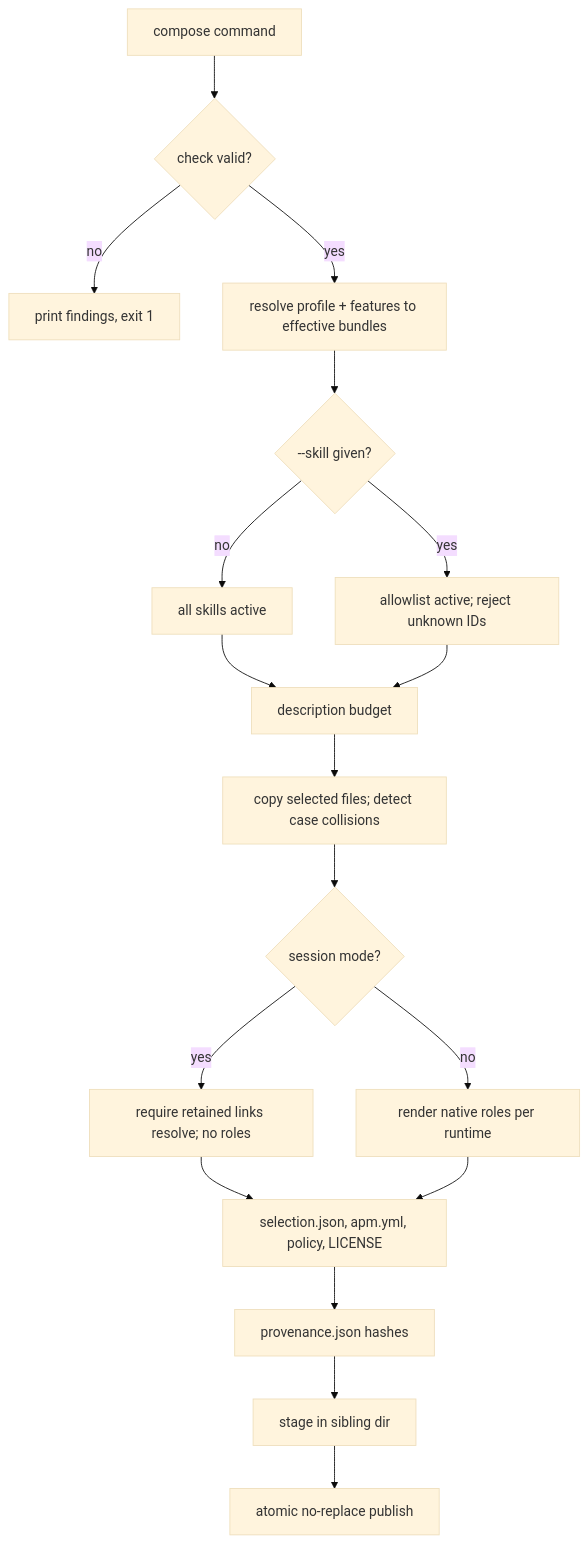
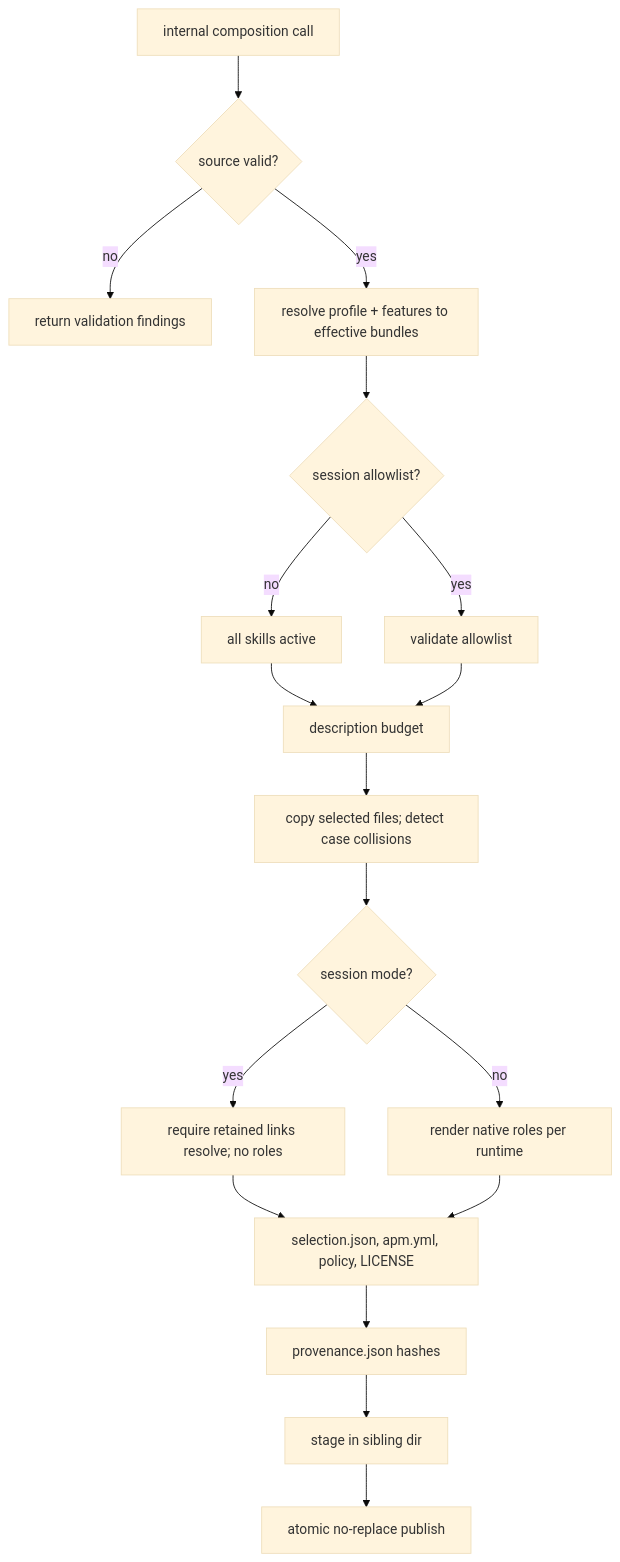
Before and after one commit to lfr-ai/agent-kit: the second of 5 diagrams in .agents/knowledge-base/flows.md, drawn with Mermaid (base theme). The commit also changed other lines of this file and 209 other files, not shown here.

````diff
--- a/.agents/knowledge-base/flows.md
+++ b/.agents/knowledge-base/flows.md
@@ -63,20 +66,20 @@
 ```mermaid
 flowchart TD
-    A[compose command] --> B{check valid?}
-    B -- no --> X[print findings, exit 1]
+    A[internal composition call] --> B{source valid?}
+    B -- no --> X[return validation findings]
     B -- yes --> C[resolve profile + features to effective bundles]
-    C --> D{--skill given?}
+    C --> D{session allowlist?}
     D -- no --> E[all skills active]
-    D -- yes --> F[allowlist active; reject unknown IDs]
+    D -- yes --> F[validate allowlist]
     E --> G[description budget]
     F --> G
     G --> H[copy selected files; detect case collisions]
     H --> I{session mode?}
     I -- yes --> J[require retained links resolve; no roles]
     I -- no --> K[render native roles per runtime]
     J --> L[selection.json, apm.yml, policy, LICENSE]
     K --> L
     L --> M[provenance.json hashes]
     M --> N[stage in sibling dir]
     N --> O[atomic no-replace publish]
 ```
````
